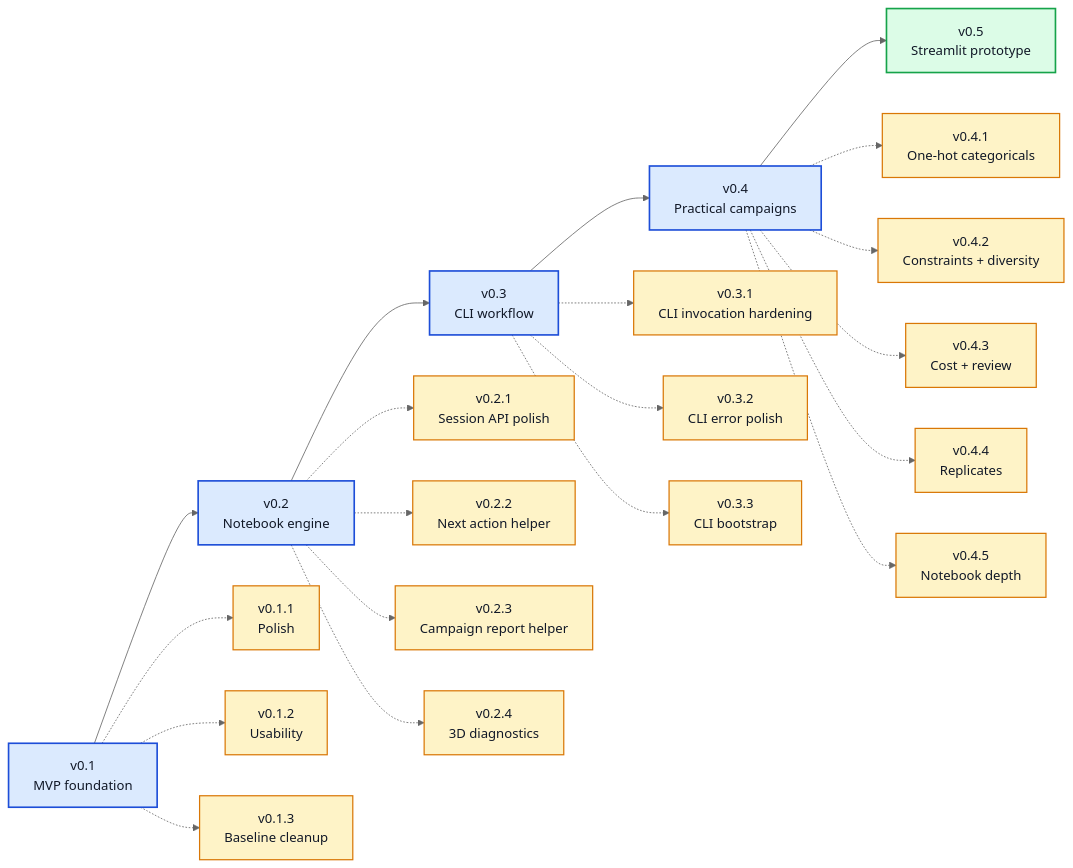
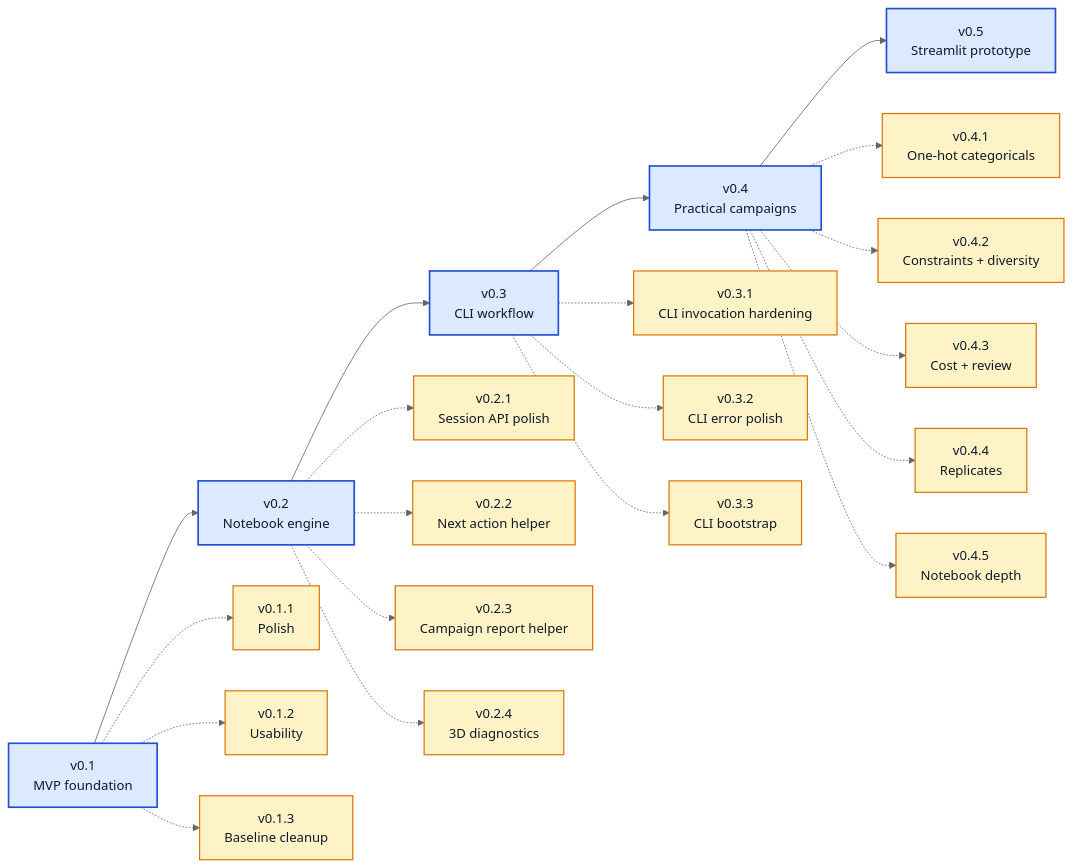
The diagram in ROADMAP.md (angzeli/bo-forge), drawn with Mermaid (neutral theme) before and after one commit. The commit also changed other lines of this file and 12 other files, not shown here.

````diff
--- a/ROADMAP.md
+++ b/ROADMAP.md
@@ -7,45 +7,44 @@
 ```mermaid
 flowchart LR
     v01["v0.1<br/>MVP foundation"] --> v02["v0.2<br/>Notebook engine"] --> v03["v0.3<br/>CLI workflow"] --> v04["v0.4<br/>Practical campaigns"] --> v05["v0.5<br/>Streamlit prototype"]
 
     v011["v0.1.1<br/>Polish"]
     v012["v0.1.2<br/>Usability"]
     v013["v0.1.3<br/>Baseline cleanup"]
     v021["v0.2.1<br/>Session API polish"]
     v022["v0.2.2<br/>Next action helper"]
     v023["v0.2.3<br/>Campaign report helper"]
     v024["v0.2.4<br/>3D diagnostics"]
     v031["v0.3.1<br/>CLI invocation hardening"]
     v032["v0.3.2<br/>CLI error polish"]
     v033["v0.3.3<br/>CLI bootstrap"]
     v041["v0.4.1<br/>One-hot categoricals"]
     v042["v0.4.2<br/>Constraints + diversity"]
     v043["v0.4.3<br/>Cost + review"]
     v044["v0.4.4<br/>Replicates"]
     v045["v0.4.5<br/>Notebook depth"]
     
     v01 -.-> v011
     v01 -.-> v012
     v01 -.-> v013
     v02 -.-> v021
     v02 -.-> v022
     v02 -.-> v023
     v02 -.-> v024
     v03 -.-> v031
     v03 -.-> v032
     v03 -.-> v033
     v04 -.-> v041
     v04 -.-> v042
     v04 -.-> v043
     v04 -.-> v044
     v04 -.-> v045
     
-    class v01,v02,v03,v04 majorDone
-    class v05 majorNext
+    class v01,v02,v03,v04,v05 majorDone
     class v011,v012,v013,v021,v022,v023,v024,v031,v032,v033,v041,v042,v043,v044,v045 patchDone
 
     classDef majorDone fill:#dbeafe,stroke:#1d4ed8,stroke-width:2px,color:#111827;
     classDef majorNext fill:#dcfce7,stroke:#16a34a,stroke-width:2px,color:#111827;
     classDef majorFuture fill:#f3f4f6,stroke:#6b7280,stroke-width:2px,color:#111827;
     classDef patchDone fill:#fef3c7,stroke:#d97706,stroke-width:1.5px,color:#111827;
 ```
````
